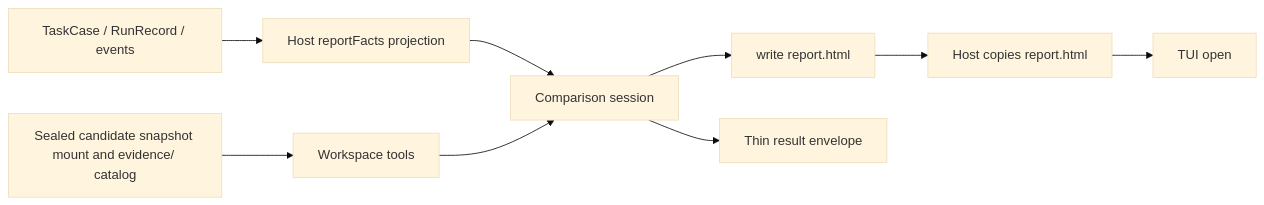
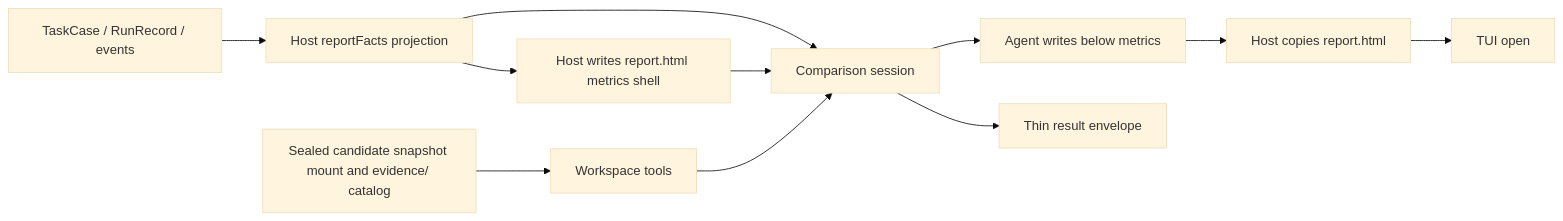
One commit to caulif/Reprise changed the diagram in docs/architecture/comparison.md. Above: the diagram before and after it, drawn with Mermaid (base theme). The commit also changed other lines of this file and 159 other files, not shown here.

````diff
--- a/docs/architecture/comparison.md
+++ b/docs/architecture/comparison.md
@@ -11,11 +11,13 @@
 ```mermaid
 flowchart LR
   A[TaskCase / RunRecord / events] --> B[Host reportFacts projection]
   C[Sealed candidate snapshot mount and evidence/ catalog] --> D[Workspace tools]
   B --> E[Comparison session]
   D --> E
-  E --> F[write report.html]
+  B --> S[Host writes report.html metrics shell]
+  S --> E
+  E --> F[Agent writes below metrics]
   F --> G[Host copies report.html]
   E --> H[Thin result envelope]
   G --> I[TUI open]
 ```
````
